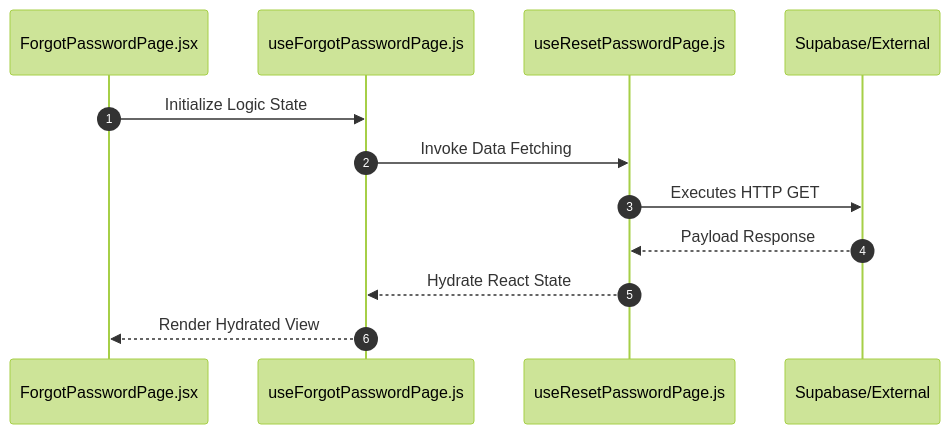
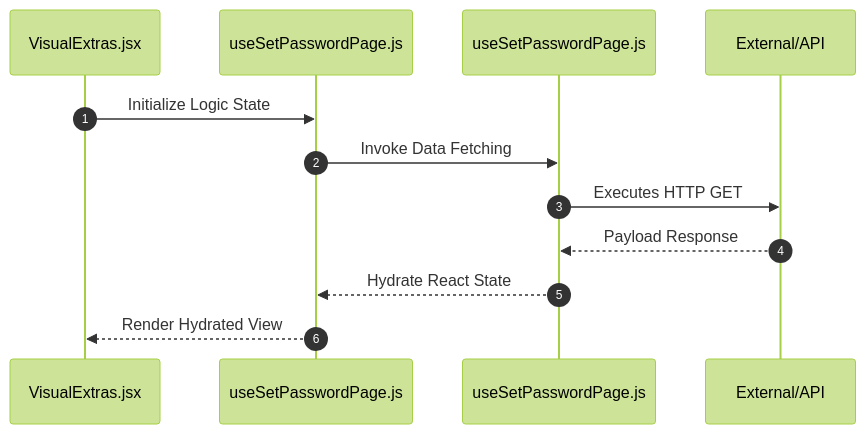
Before and after one commit to nexowebai/nexo-superadmin: the second of 2 diagrams in src/features/auth/README.md, drawn with Mermaid (forest theme). The commit also changed other lines of this file and 18 other files, not shown here.

````diff
--- a/src/features/auth/README.md
+++ b/src/features/auth/README.md
@@ -62,15 +60,15 @@
 ```mermaid
 sequenceDiagram
 autonumber
-    participant P as ForgotPasswordPage.jsx
-    participant H as useForgotPasswordPage.js
-    participant S as useResetPasswordPage.js
-    participant API as Supabase/External
+    participant P as VisualExtras.jsx
+    participant H as useSetPasswordPage.js
+    participant S as useSetPasswordPage.js
+    participant API as External/API
 
     P->>H: Initialize Logic State
     H->>S: Invoke Data Fetching
     S->>API: Executes HTTP GET
     API-->>S: Payload Response
     S-->>H: Hydrate React State
     H-->>P: Render Hydrated View
 ```
````
